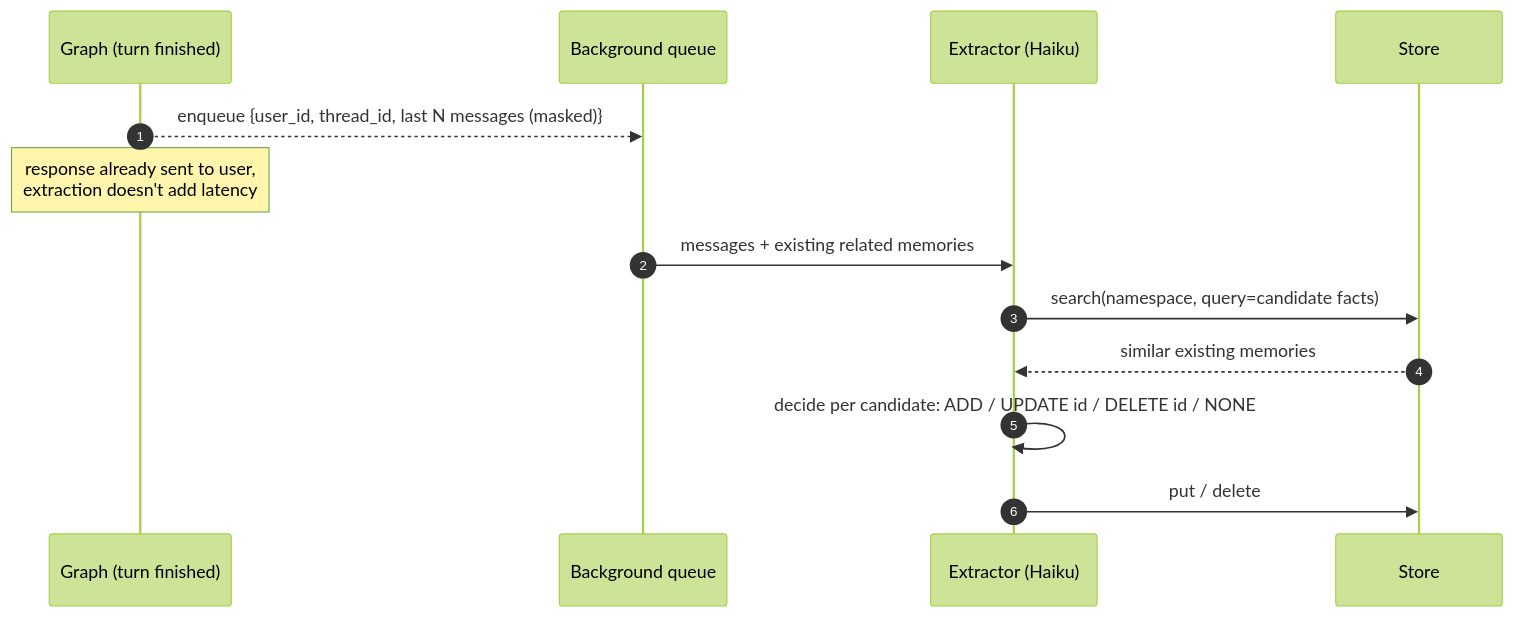
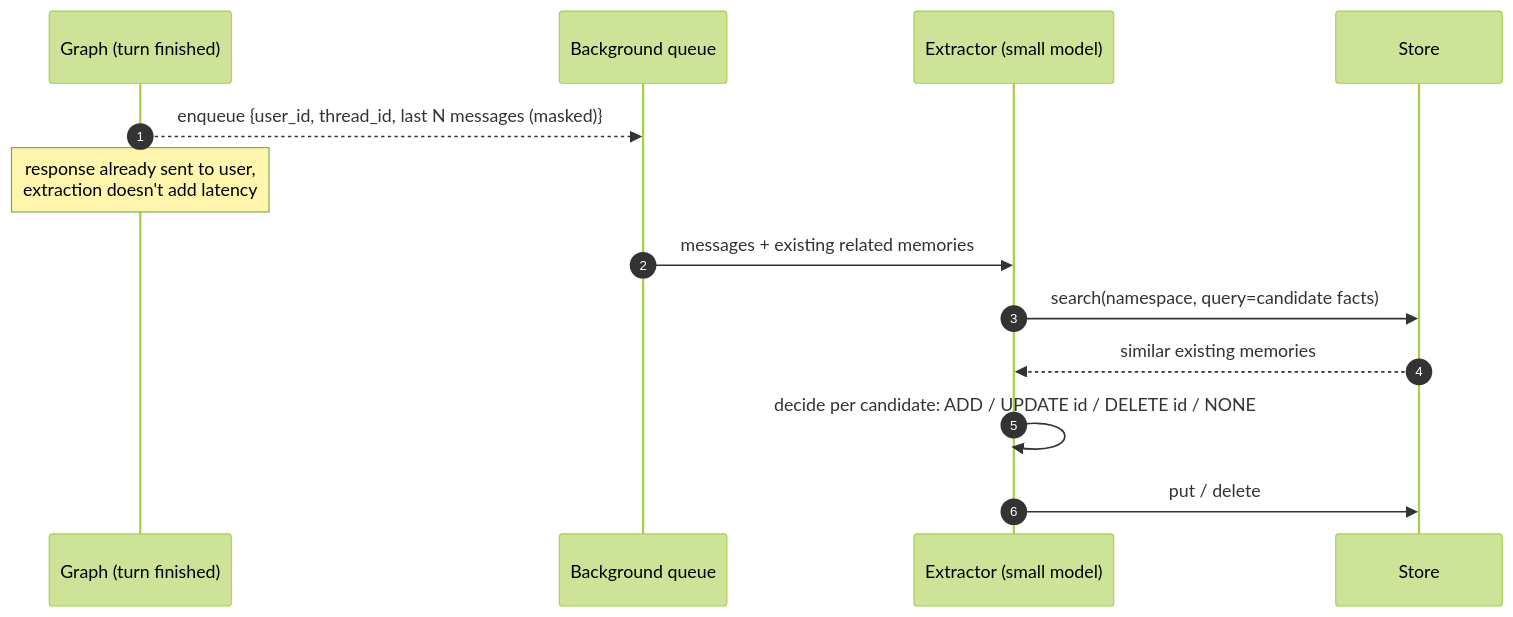
Before and after one commit to Anirudh1905/agentic-ai-chatbot: the second of 2 diagrams in docs/phase-6-long-term-memory.md, drawn with Mermaid (forest theme). The commit also changed other lines of this file and 29 other files, not shown here.

````diff
--- a/docs/phase-6-long-term-memory.md
+++ b/docs/phase-6-long-term-memory.md
@@ -55,16 +55,16 @@
 ```mermaid
 sequenceDiagram
     autonumber
     participant G as Graph (turn finished)
     participant Q as Background queue
-    participant X as Extractor (Haiku)
+    participant X as Extractor (small model)
     participant S as Store
 
     G-->>Q: enqueue {user_id, thread_id, last N messages (masked)}
     Note over G: response already sent to user,<br/>extraction doesn't add latency
     Q->>X: messages + existing related memories
     X->>S: search(namespace, query=candidate facts)
     S-->>X: similar existing memories
     X->>X: decide per candidate: ADD / UPDATE id / DELETE id / NONE
     X->>S: put / delete
 ```
````
